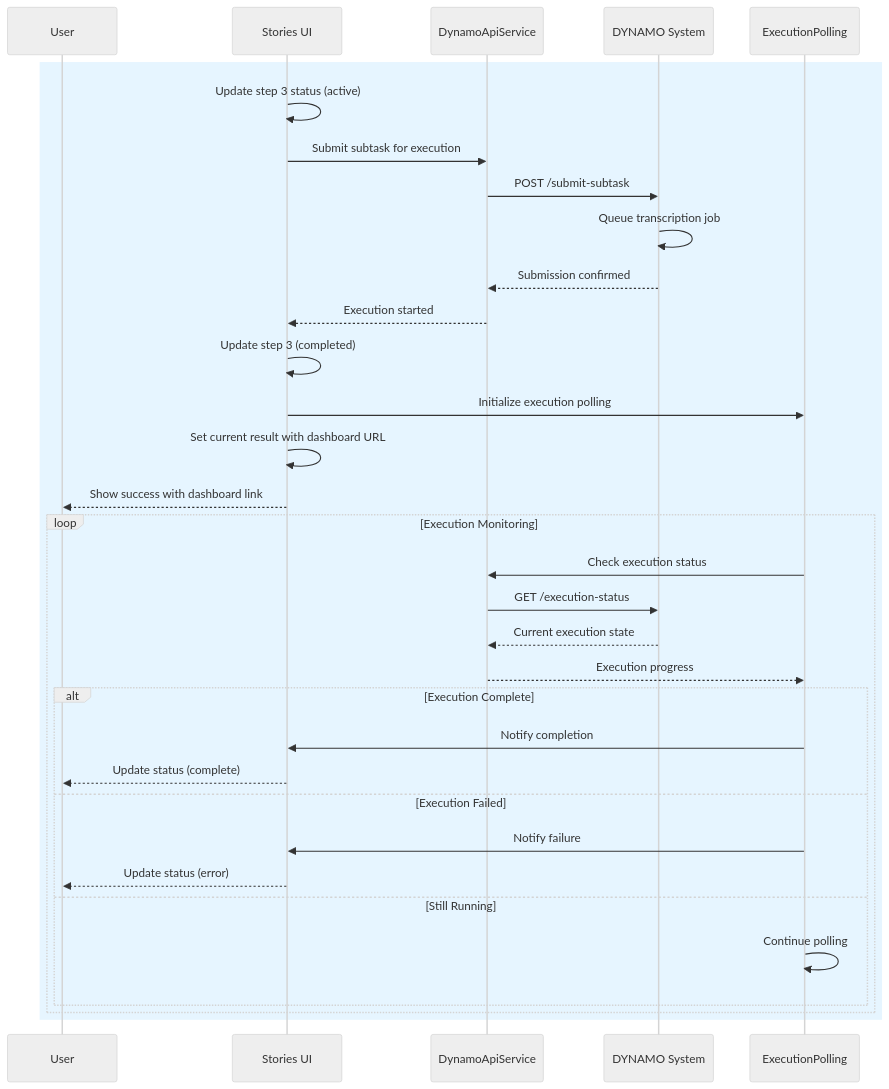
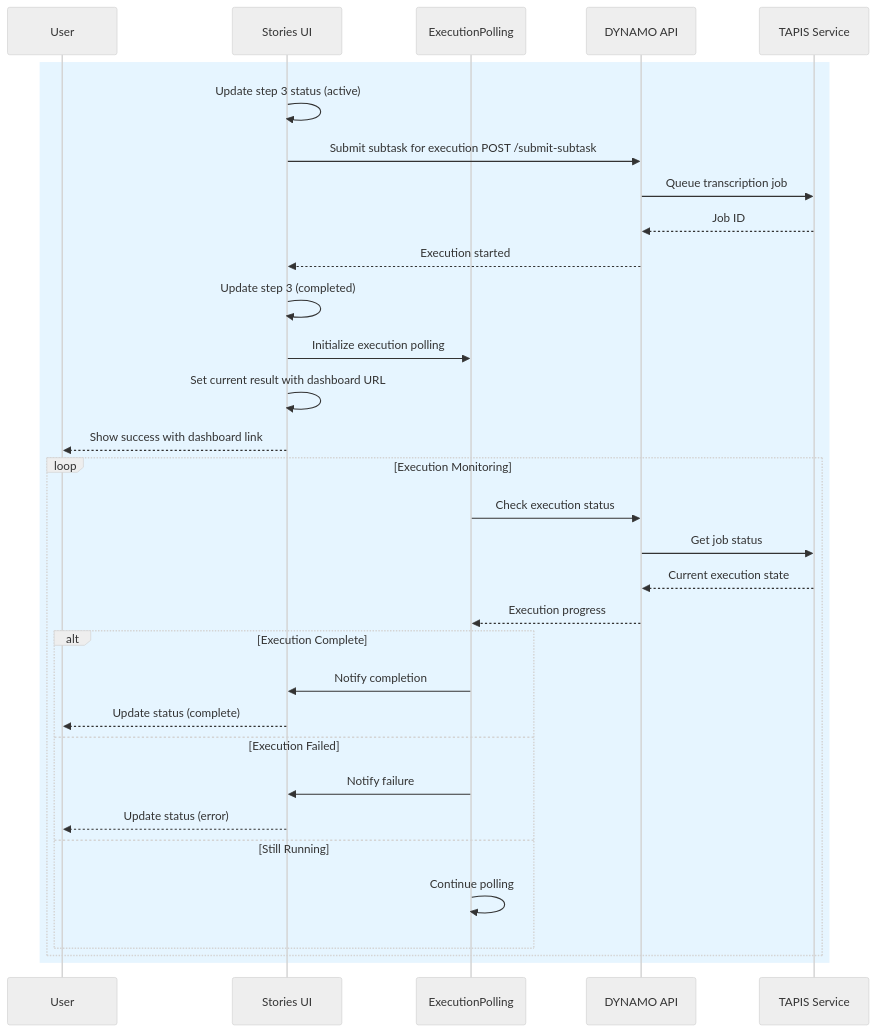
One commit to In-For-Disaster-Analytics/stories-ui changed the sixth of 6 diagrams in README-design.md. Above: the diagram before and after it, drawn with Mermaid.

Commit message:
Refactor sequence diagram to clarify interactions with TAPIS and DYNAMO services

````diff
--- a/README-design.md
+++ b/README-design.md
@@ -281,39 +281,38 @@
 ```mermaid
 %%{ init : { "theme" : "neutral", "themeVariables" : { "primaryColor" : "#fff", "primaryTextColor" : "#000", "primaryBorderColor" : "#000", "lineColor" : "#000", "secondaryColor" : "#f8f8f8", "tertiaryColor" : "#f0f0f0" }}}%%
 sequenceDiagram
    rect rgb(230, 245, 255)
    participant User
    participant TU as Stories UI
-   participant API as DynamoApiService
-   participant DYNAMO as DYNAMO System
    participant Poll as ExecutionPolling
+   participant API as DYNAMO API
+   participant TAPIS as TAPIS Service
 
    TU->>TU: Update step 3 status (active)
-   TU->>API: Submit subtask for execution
-   API->>DYNAMO: POST /submit-subtask
-   DYNAMO->>DYNAMO: Queue transcription job
-   DYNAMO-->>API: Submission confirmed
+   TU->>API: Submit subtask for execution  POST /submit-subtask
+   API->>TAPIS: Queue transcription job
+   TAPIS-->>API: Job ID
    API-->>TU: Execution started
    TU->>TU: Update step 3 (completed)
 
    TU->>Poll: Initialize execution polling
    TU->>TU: Set current result with dashboard URL
    TU-->>User: Show success with dashboard link
 
    loop Execution Monitoring
        Poll->>API: Check execution status
-       API->>DYNAMO: GET /execution-status
-       DYNAMO-->>API: Current execution state
+       API->>TAPIS: Get job status
+       TAPIS-->>API: Current execution state
        API-->>Poll: Execution progress
        alt Execution Complete
            Poll->>TU: Notify completion
            TU-->>User: Update status (complete)
        else Execution Failed
            Poll->>TU: Notify failure
            TU-->>User: Update status (error)
        else Still Running
            Poll->>Poll: Continue polling
        end
    end
    end
 ```
````
